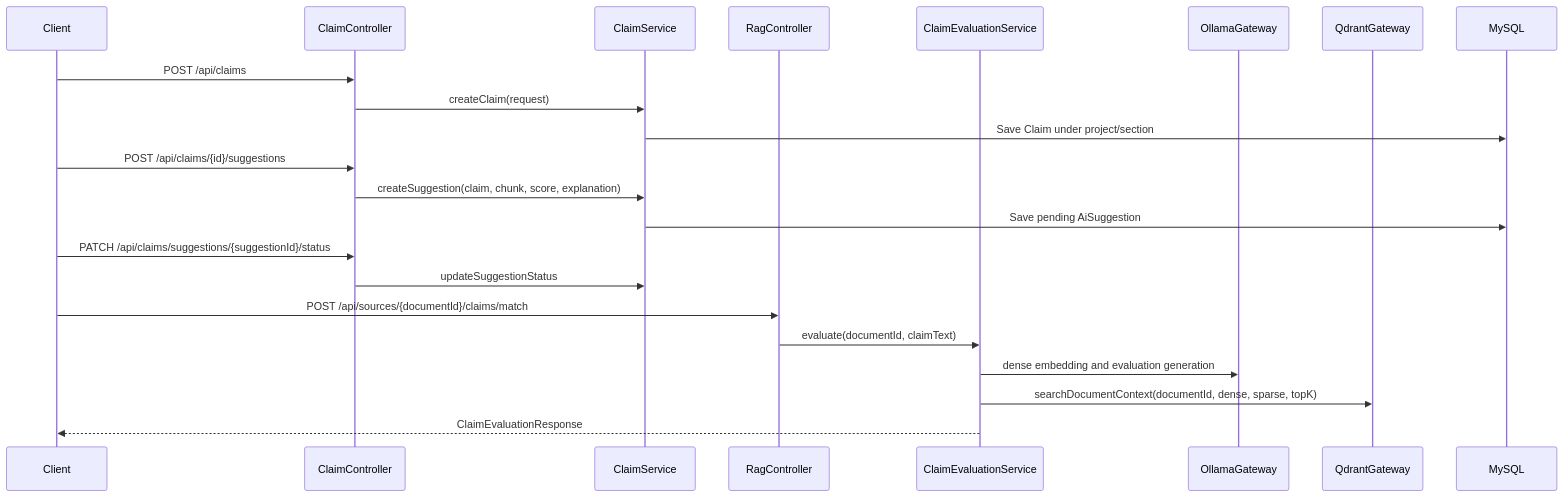
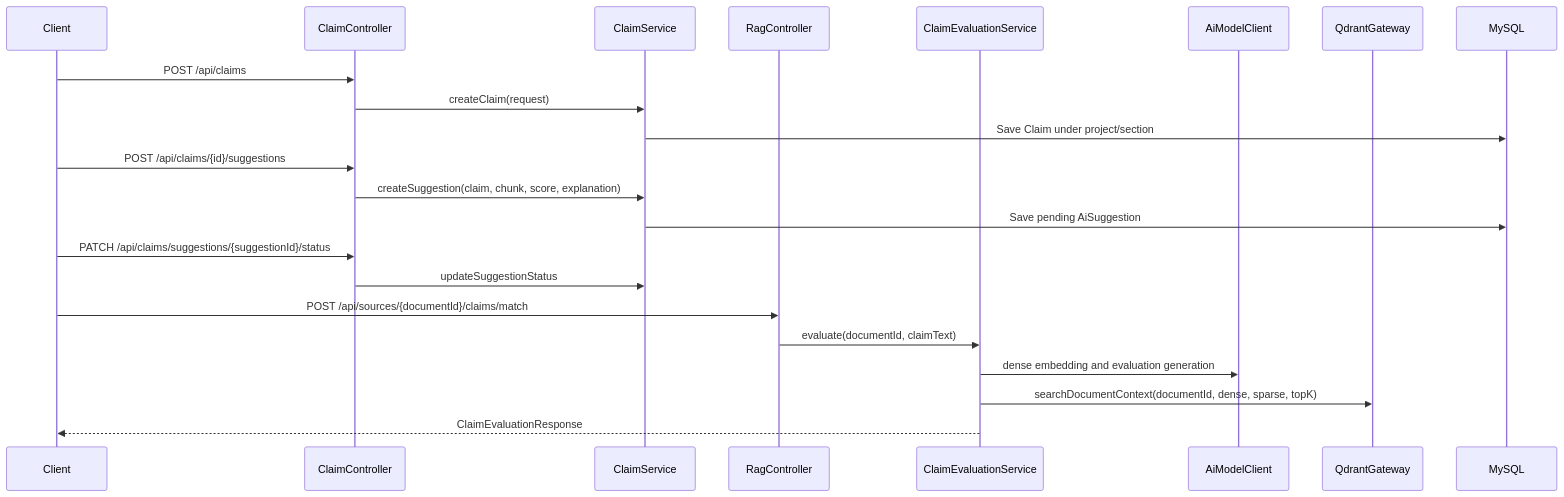
Before and after one commit to MinhKien17/SEP490_EvidencePilot: the eighth of 10 diagrams in README.md, drawn with Mermaid. The commit also changed other lines of this file and 3 other files, not shown here.

````diff
--- a/README.md
+++ b/README.md
@@ -336,28 +349,28 @@
 ```mermaid
 sequenceDiagram
     participant Client
     participant ClaimController
     participant ClaimService
     participant RagController
     participant ClaimEvaluationService
-    participant OllamaGateway
+    participant AiModelClient
     participant QdrantGateway
     participant MySQL
 
     Client->>ClaimController: POST /api/claims
     ClaimController->>ClaimService: createClaim(request)
     ClaimService->>MySQL: Save Claim under project/section
 
     Client->>ClaimController: POST /api/claims/{id}/suggestions
     ClaimController->>ClaimService: createSuggestion(claim, chunk, score, explanation)
     ClaimService->>MySQL: Save pending AiSuggestion
 
     Client->>ClaimController: PATCH /api/claims/suggestions/{suggestionId}/status
     ClaimController->>ClaimService: updateSuggestionStatus
 
     Client->>RagController: POST /api/sources/{documentId}/claims/match
     RagController->>ClaimEvaluationService: evaluate(documentId, claimText)
-    ClaimEvaluationService->>OllamaGateway: dense embedding and evaluation generation
+    ClaimEvaluationService->>AiModelClient: dense embedding and evaluation generation
     ClaimEvaluationService->>QdrantGateway: searchDocumentContext(documentId, dense, sparse, topK)
     ClaimEvaluationService-->>Client: ClaimEvaluationResponse
 ```
````
